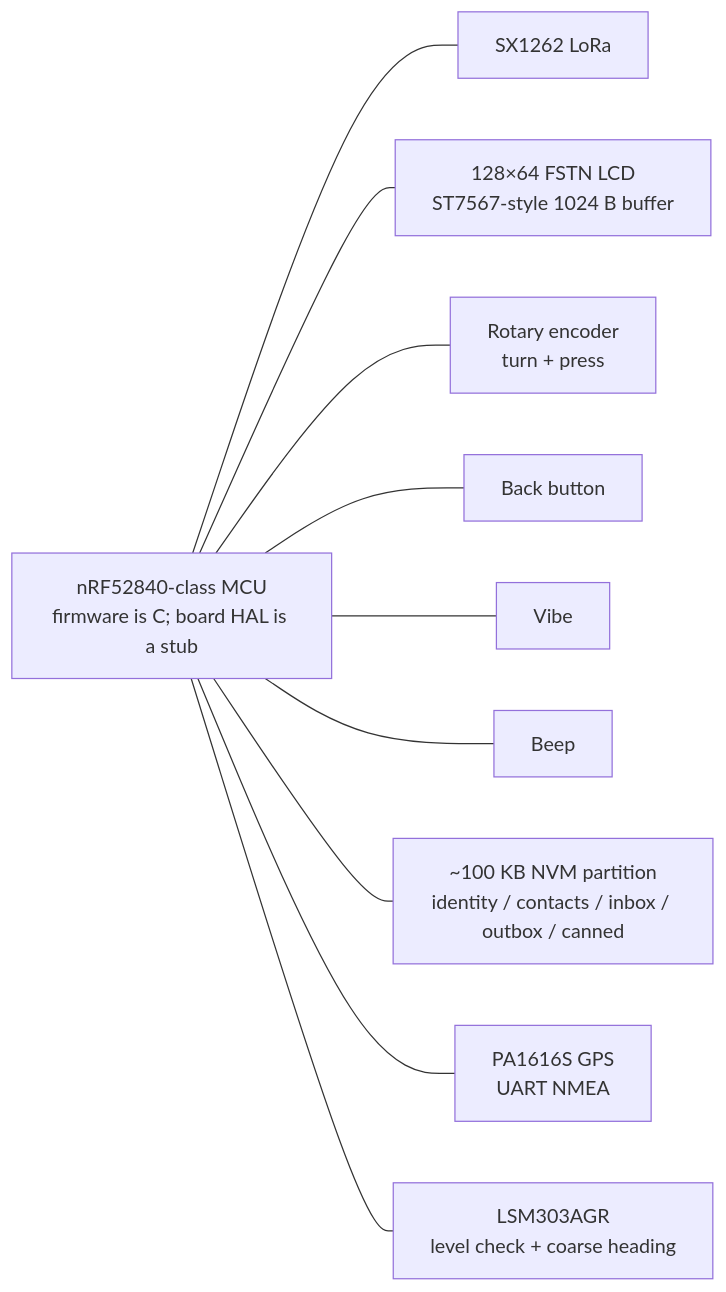
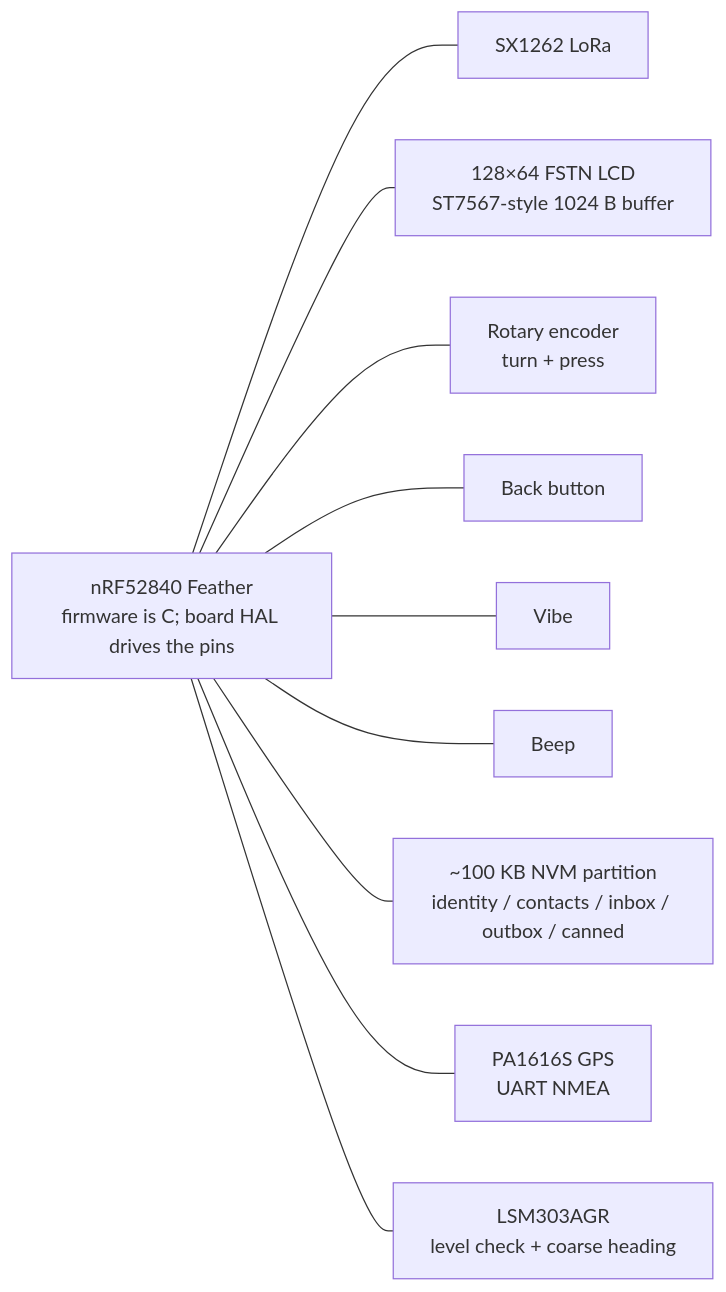
The diagram in docs/hardware.md (Oh-Low/peeple-beeper), drawn with Mermaid before and after one commit. The commit also changed other lines of this file and 50 other files, not shown here.

````diff
--- a/docs/hardware.md
+++ b/docs/hardware.md
@@ -17,13 +17,13 @@
 ```mermaid
 flowchart LR
-  MCU["nRF52840-class MCU<br/>firmware is C; board HAL is a stub"]
+  MCU["nRF52840 Feather<br/>firmware is C; board HAL drives the pins"]
   MCU --- RADIO["SX1262 LoRa"]
   MCU --- LCD["128×64 FSTN LCD<br/>ST7567-style 1024 B buffer"]
   MCU --- ENC["Rotary encoder<br/>turn + press"]
   MCU --- BACK["Back button"]
   MCU --- VIBE["Vibe"]
   MCU --- BEEP["Beep"]
   MCU --- NVM["~100 KB NVM partition<br/>identity / contacts / inbox / outbox / canned"]
   MCU --- GPS["PA1616S GPS<br/>UART NMEA"]
   MCU --- HDG["LSM303AGR<br/>level check + coarse heading"]
 ```
````
